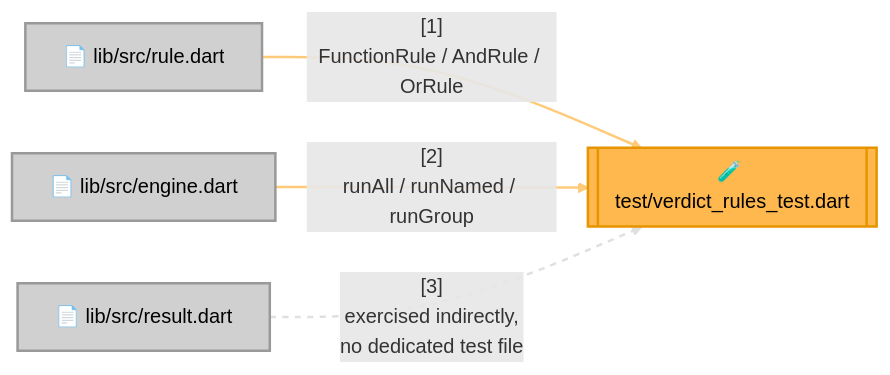
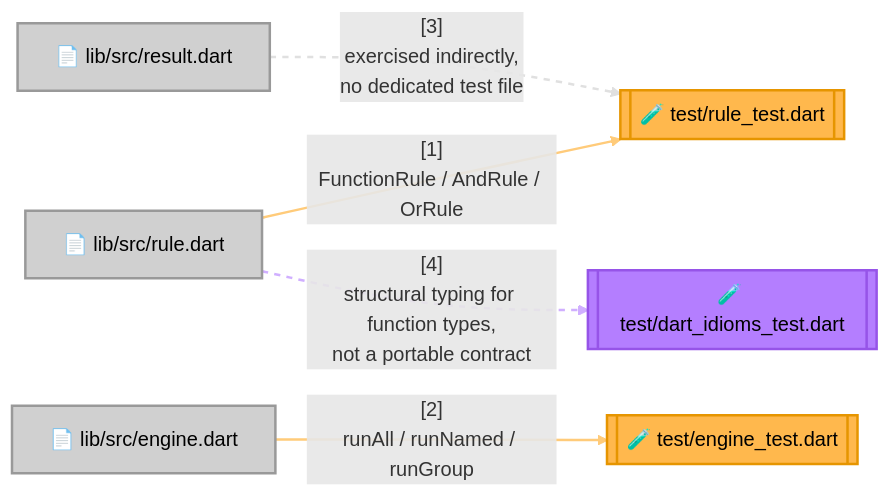
One commit to pawan-vyas/verdict-rules changed the diagram in docs/testing/dart.md. Above: the diagram before and after it, drawn with Mermaid. The commit also changed other lines of this file and 5 other files, not shown here.

````diff
--- a/docs/testing/dart.md
+++ b/docs/testing/dart.md
@@ -31,27 +40,35 @@
 ```mermaid
 graph LR
     RuleSrc["📄 lib/src/rule.dart"]
     EngineSrc["📄 lib/src/engine.dart"]
     ResultSrc["📄 lib/src/result.dart"]
-    EngineTest[["🧪 test/verdict_rules_test.dart"]]
+    RuleTest[["🧪 test/rule_test.dart"]]
+    EngineTest[["🧪 test/engine_test.dart"]]
+    IdiomTest[["🧪 test/dart_idioms_test.dart"]]
 
-    %% Link 0: RuleSrc -> EngineTest
-    RuleSrc -->|"[1]<br/>FunctionRule / AndRule / OrRule"| EngineTest
+    %% Link 0: RuleSrc -> RuleTest
+    RuleSrc -->|"[1]<br/>FunctionRule / AndRule / OrRule"| RuleTest
     %% Link 1: EngineSrc -> EngineTest
     EngineSrc -->|"[2]<br/>runAll / runNamed / runGroup"| EngineTest
-    %% Link 2: ResultSrc -> EngineTest
-    ResultSrc -.->|"[3]<br/>exercised indirectly,<br/>no dedicated test file"| EngineTest
+    %% Link 2: ResultSrc -> RuleTest
+    ResultSrc -.->|"[3]<br/>exercised indirectly,<br/>no dedicated test file"| RuleTest
+    %% Link 3: RuleSrc -> IdiomTest
+    RuleSrc -.->|"[4]<br/>structural typing for function types,<br/>not a portable contract"| IdiomTest
 
     style RuleSrc fill:#D0D0D0,stroke:#999999,stroke-width:2px,color:#000
     style EngineSrc fill:#D0D0D0,stroke:#999999,stroke-width:2px,color:#000
     style ResultSrc fill:#D0D0D0,stroke:#999999,stroke-width:2px,color:#000
+    style RuleTest fill:#FFB84D,stroke:#E69500,stroke-width:2px,color:#000
     style EngineTest fill:#FFB84D,stroke:#E69500,stroke-width:2px,color:#000
+    style IdiomTest fill:#B47EFF,stroke:#9654E8,stroke-width:2px,color:#000
 
     %% Link Index:
     %% 0: rule.dart's three concrete shapes are covered directly
     %% 1: engine.dart's five run modes are covered directly
     %% 2: result.dart is plain immutable data, exercised as a side effect of the above -- no behavior of its own to test in isolation
+    %% 3: structural typing for function types and an explicit Rule implementation are Dart-specific, not part of the Python-parity mirror
     linkStyle 0 stroke:#FFCB7A,stroke-width:2px
     linkStyle 1 stroke:#FFCB7A,stroke-width:2px
     linkStyle 2 stroke:#E0E0E0,stroke-width:2px,stroke-dasharray:5 5
+    linkStyle 3 stroke:#D0AFFF,stroke-width:2px,stroke-dasharray:5 5
 ```
````
